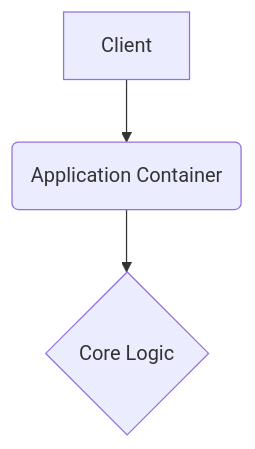
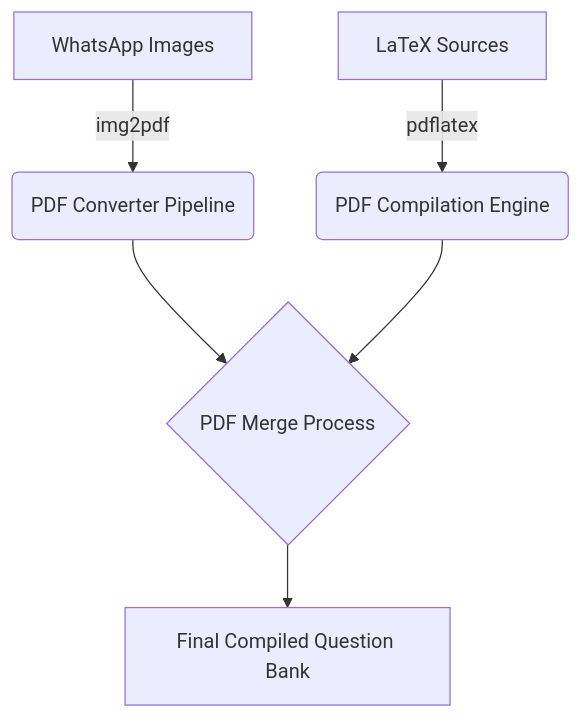
Before and after one commit to prajwal918/NMAMIT-Exam-Question-Bank: the diagram in README.md, drawn with Mermaid. The commit also changed 3 other files, not shown here.

````diff
--- a/README.md
+++ b/README.md
@@ -7,5 +7,8 @@
 ```mermaid
 graph TD
-    A[Client] --> B(Application Container)
-    B --> C{Core Logic}
+    A[WhatsApp Images] -->|img2pdf| B(PDF Converter Pipeline)
+    C[LaTeX Sources] -->|pdflatex| D(PDF Compilation Engine)
+    B --> E{PDF Merge Process}
+    D --> E
+    E --> F[Final Compiled Question Bank]
 ```
````
